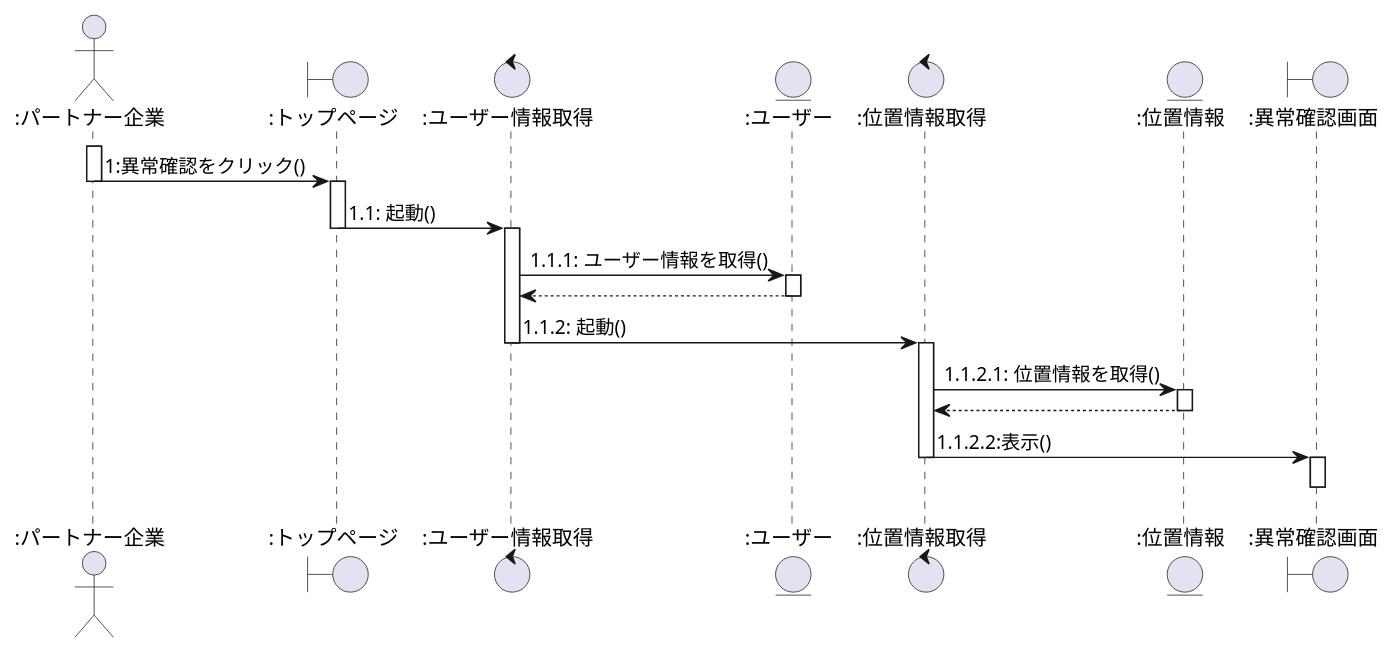
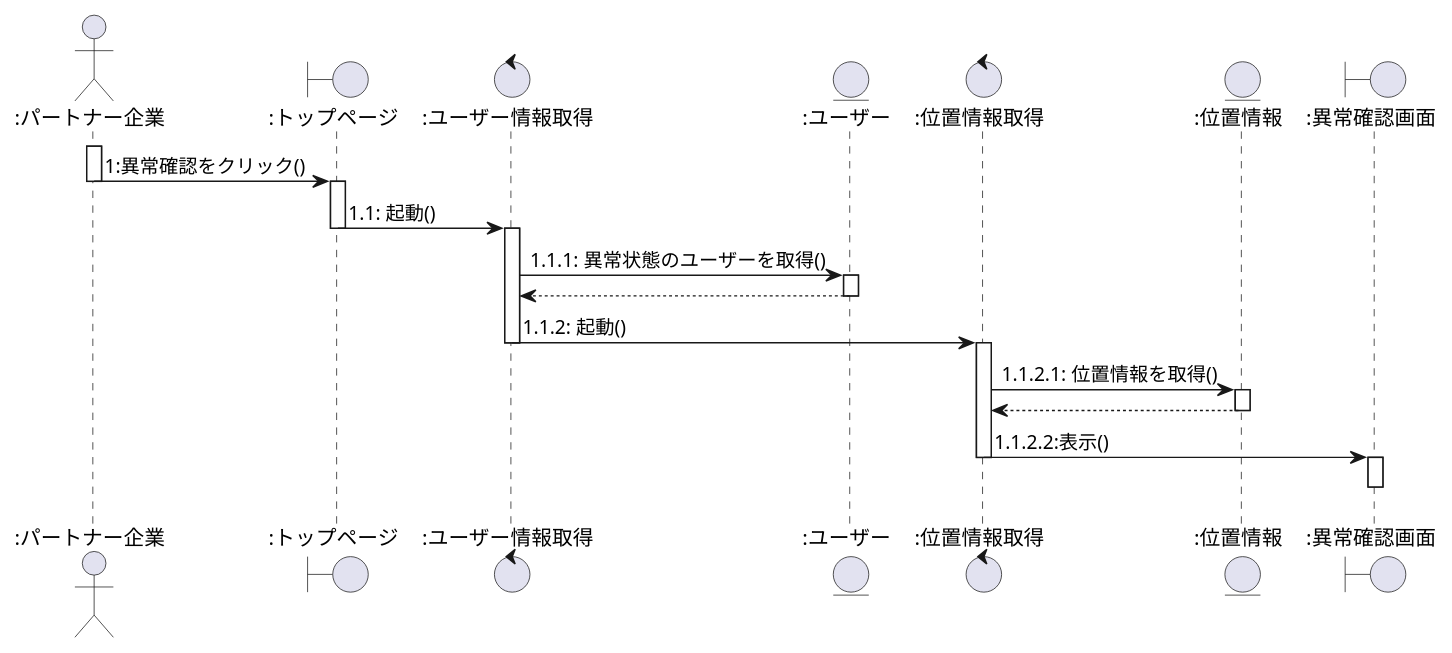
The tenth of 10 diagrams in client_sequence.plantuml (ksw2270227/GroupF), drawn with PlantUML before and after one commit. The commit also changed 2 other files, not shown here.

```diff
--- a/client_sequence.plantuml
+++ b/client_sequence.plantuml
@@ -510,45 +510,45 @@
 @startuml 異常確認
 
 actor ":パートナー企業" as 0
 boundary ":トップページ" as a
 control ":ユーザー情報取得" as c
 entity ":ユーザー" as e
 control ":位置情報取得" as b
 entity ":位置情報" as en
 boundary ":異常確認画面" as d
 
 
 
 activate 0
 0 -> a : 1:異常確認をクリック()
 deactivate 0
 
 activate a
 a -> c : 1.1: 起動()
 deactivate a
 
 
 
 activate c
-c -> e :1.1.1: ユーザー情報を取得()
+c -> e :1.1.1: 異常状態のユーザーを取得()
 activate e
 e --> c
 deactivate e
 
 c -> b : 1.1.2: 起動()
 deactivate c
 
 
 activate b
 b -> en :1.1.2.1: 位置情報を取得()
 activate en
 en --> b
 deactivate en
 
 d <- b : 1.1.2.2:表示()
 deactivate b
 activate d
 d -[hidden]-> d
 deactivate d
 
 @enduml
```
